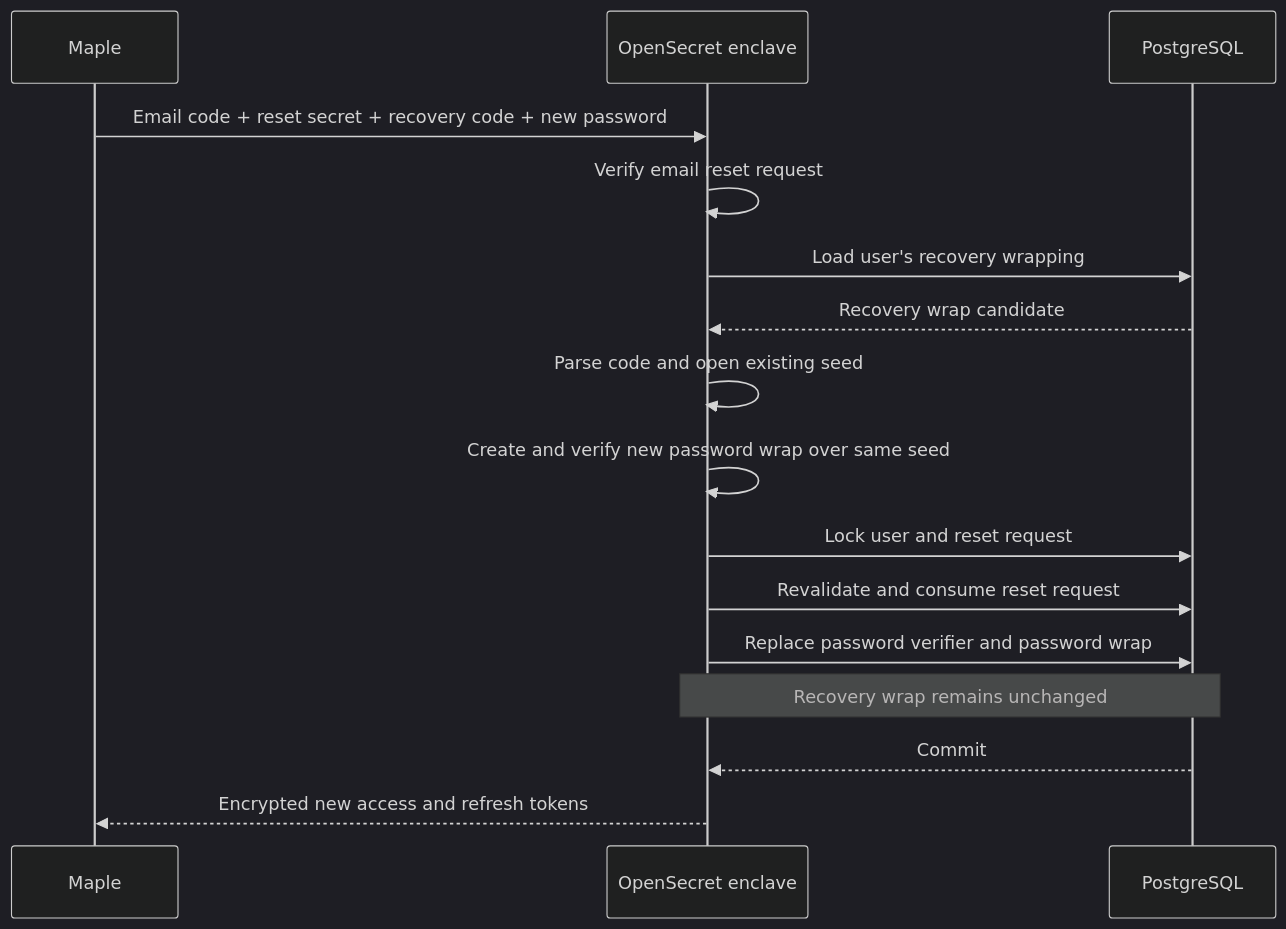
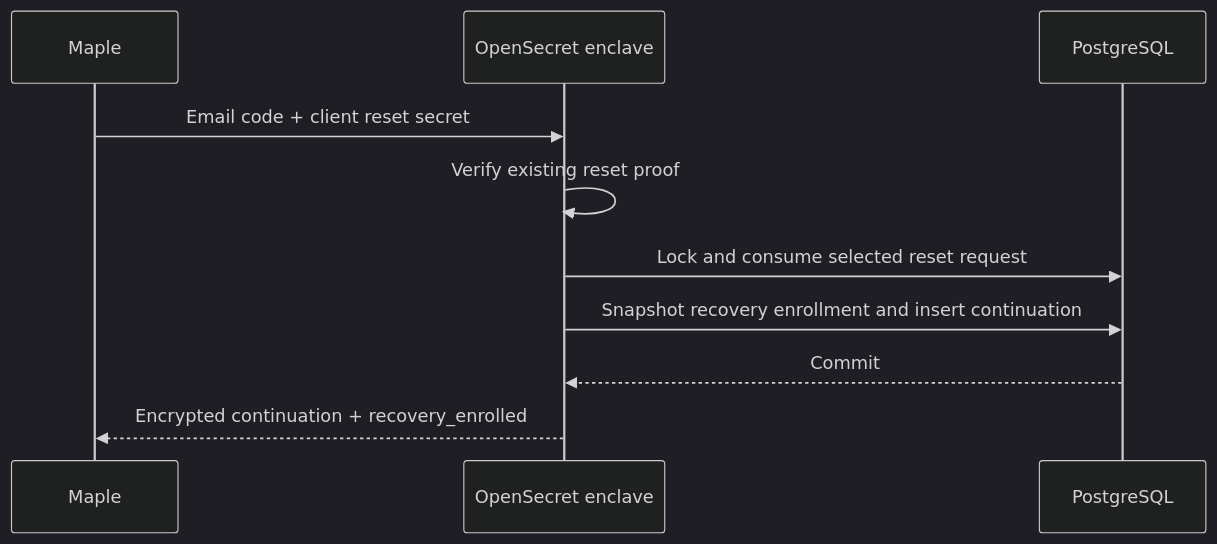
The fourth of 6 diagrams in services/opensecret/docs/recovery-credential-plan.md (OpenSecretCloud/Maple), drawn with Mermaid (dark theme) before and after one commit. The commit also changed other lines of this file, not shown here.

Commit message:
docs: add recovery-aware reset v2 flow

````diff
--- a/services/opensecret/docs/recovery-credential-plan.md
+++ b/services/opensecret/docs/recovery-credential-plan.md
@@ -292,19 +382,13 @@
 ```mermaid
 sequenceDiagram
     participant M as Maple
     participant E as OpenSecret enclave
     participant D as PostgreSQL
 
-    M->>E: Email code + reset secret + recovery code + new password
-    E->>E: Verify email reset request
-    E->>D: Load user's recovery wrapping
-    D-->>E: Recovery wrap candidate
-    E->>E: Parse code and open existing seed
-    E->>E: Create and verify new password wrap over same seed
-    E->>D: Lock user and reset request
-    E->>D: Revalidate and consume reset request
-    E->>D: Replace password verifier and password wrap
-    Note over E,D: Recovery wrap remains unchanged
+    M->>E: Email code + client reset secret
+    E->>E: Verify existing reset proof
+    E->>D: Lock and consume selected reset request
+    E->>D: Snapshot recovery enrollment and insert continuation
     D-->>E: Commit
-    E-->>M: Encrypted new access and refresh tokens
+    E-->>M: Encrypted continuation + recovery_enrolled
 ```
````
